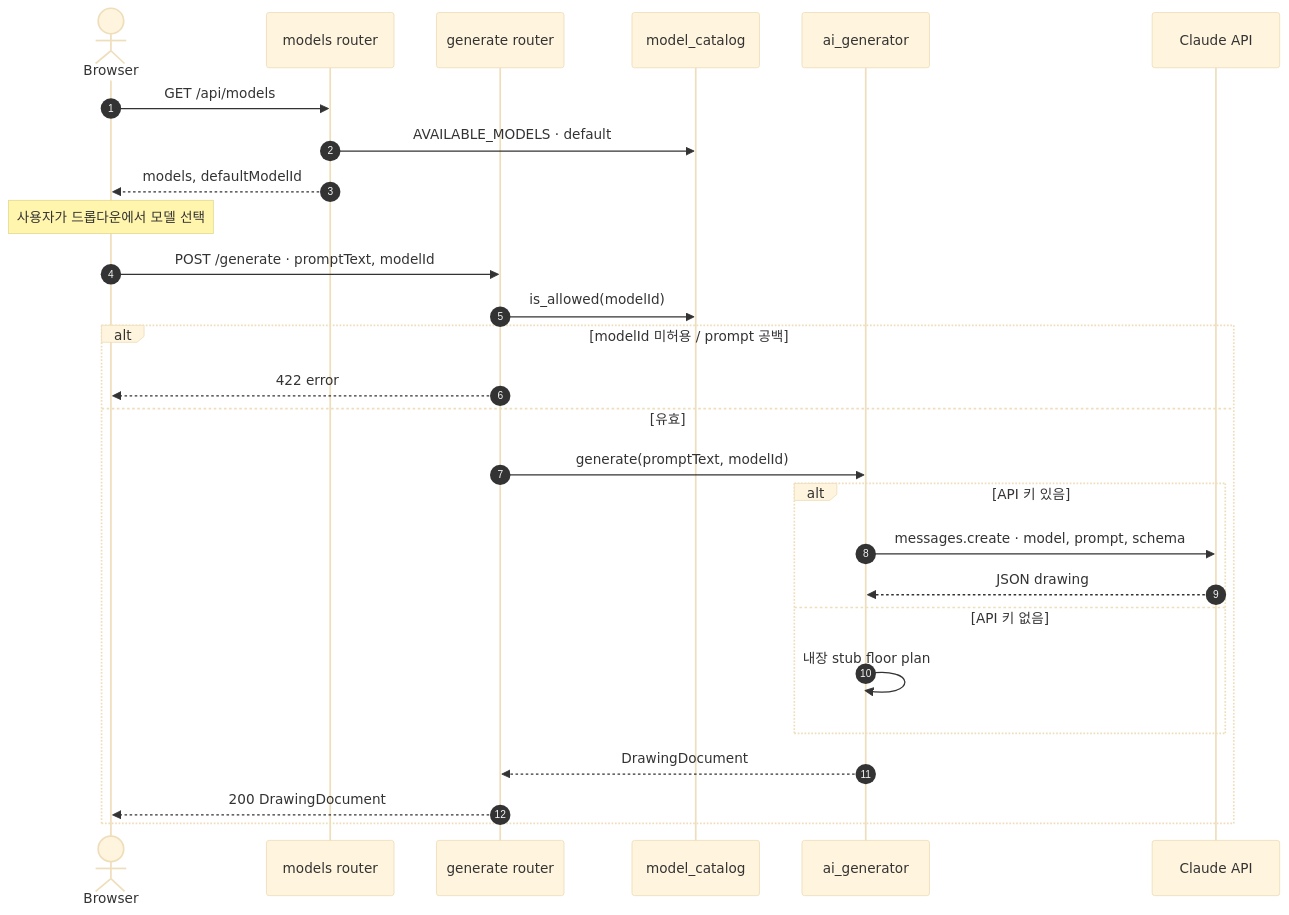
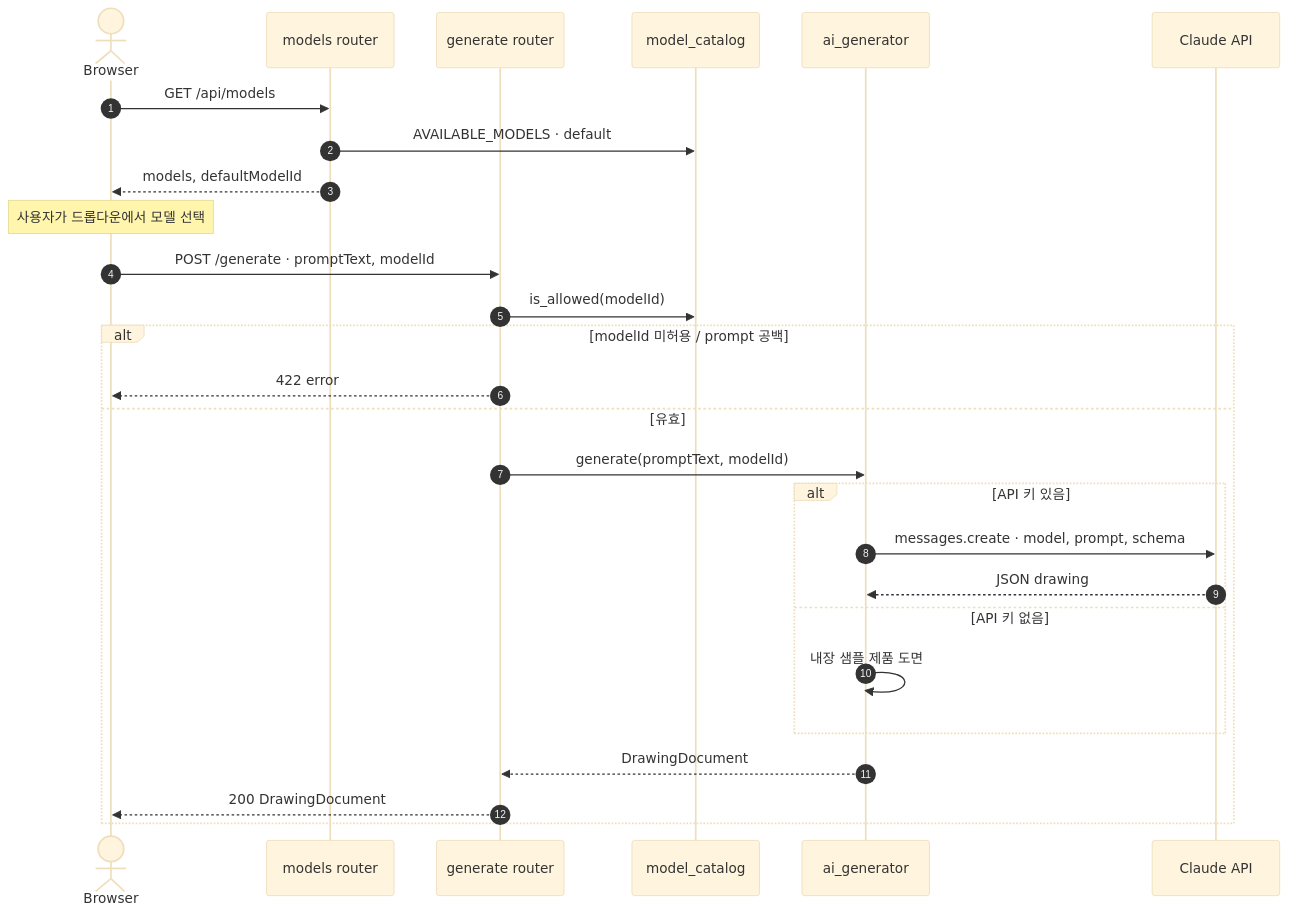
One commit to fankh/external-projects changed the fifth of 7 diagrams in ian-ai-blueprint/docs/ARCHITECTURE.md. Above: the diagram before and after it, drawn with Mermaid. The commit also changed other lines of this file and 10 other files, not shown here.

````diff
--- a/ian-ai-blueprint/docs/ARCHITECTURE.md
+++ b/ian-ai-blueprint/docs/ARCHITECTURE.md
@@ -170,30 +170,30 @@
 ```mermaid
 %%{init: {'theme': 'base', 'themeVariables': { 'fontSize': '14px' }, 'flowchart': { 'useMaxWidth': true }}}%%
 sequenceDiagram
   autonumber
   actor U as Browser
   participant M as models router
   participant G as generate router
   participant CAT as model_catalog
   participant AI as ai_generator
   participant CL as Claude API
   U->>M: GET /api/models
   M->>CAT: AVAILABLE_MODELS · default
   M-->>U: models, defaultModelId
   Note over U: 사용자가 드롭다운에서 모델 선택
   U->>G: POST /generate · promptText, modelId
   G->>CAT: is_allowed(modelId)
   alt modelId 미허용 / prompt 공백
     G-->>U: 422 error
   else 유효
     G->>AI: generate(promptText, modelId)
     alt API 키 있음
       AI->>CL: messages.create · model, prompt, schema
       CL-->>AI: JSON drawing
     else API 키 없음
-      AI->>AI: 내장 stub floor plan
+      AI->>AI: 내장 샘플 제품 도면
     end
     AI-->>G: DrawingDocument
     G-->>U: 200 DrawingDocument
   end
 ```
````
